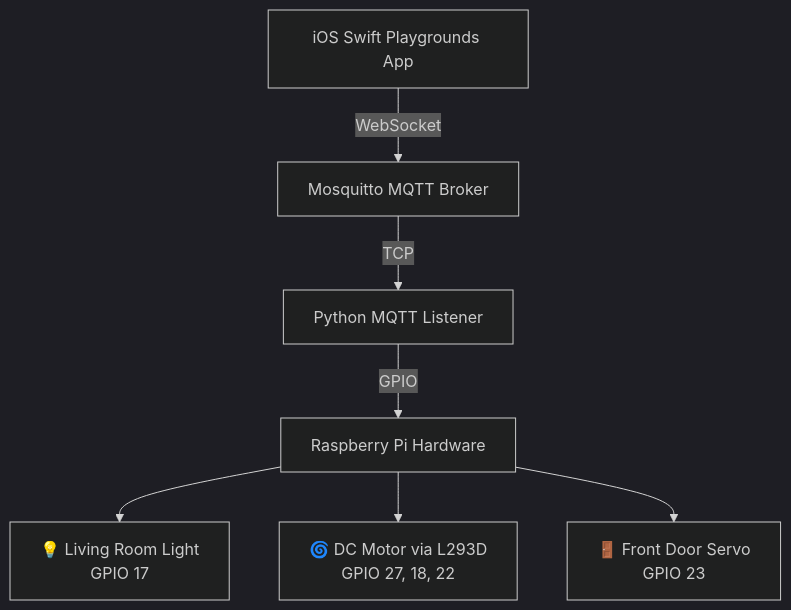
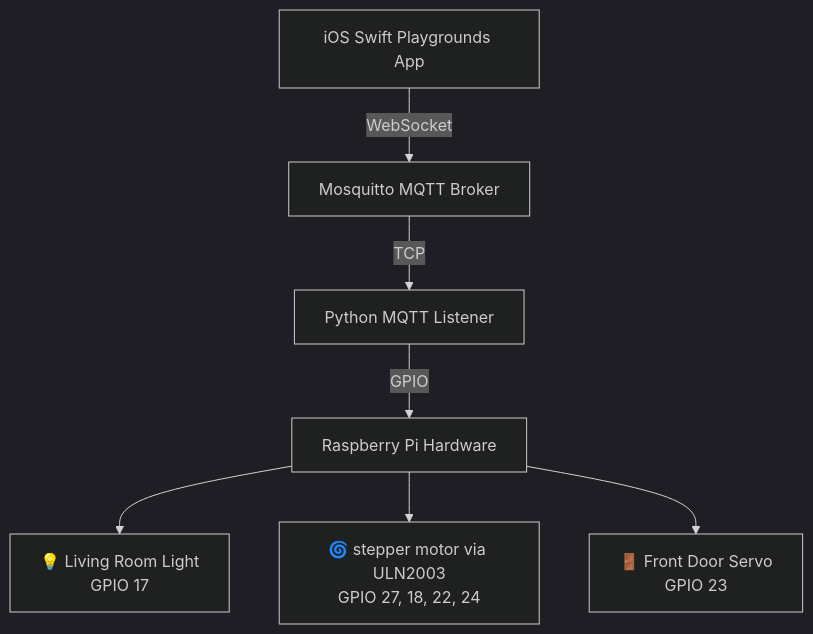
One commit to roanvtkc/simpsons-house changed the diagram in README.md. Above: the diagram before and after it, drawn with Mermaid (dark theme). The commit also changed other lines of this file and 5 other files, not shown here.

Commit message:
Switch to ULN2003 stepper motor

````diff
--- a/README.md
+++ b/README.md
@@ -27,10 +27,10 @@
 ```mermaid
 graph TD
     A[iOS Swift Playgrounds App] -->|WebSocket| B[Mosquitto MQTT Broker]
     B -->|TCP| C[Python MQTT Listener]
     C -->|GPIO| D[Raspberry Pi Hardware]
     
     D --> E[💡 Living Room Light<br/>GPIO 17]
-    D --> F[🌀 DC Motor via L293D<br/>GPIO 27, 18, 22]
+    D --> F[🌀 stepper motor via ULN2003<br/>GPIO 27, 18, 22, 24]
     D --> G[🚪 Front Door Servo<br/>GPIO 23]
 ```
````
